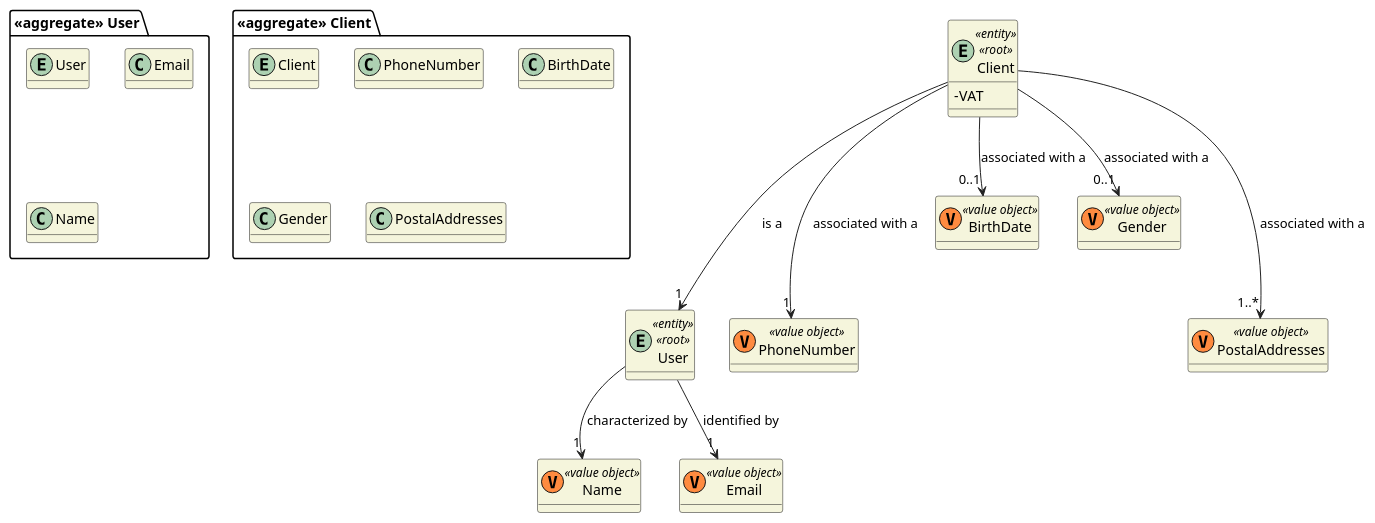
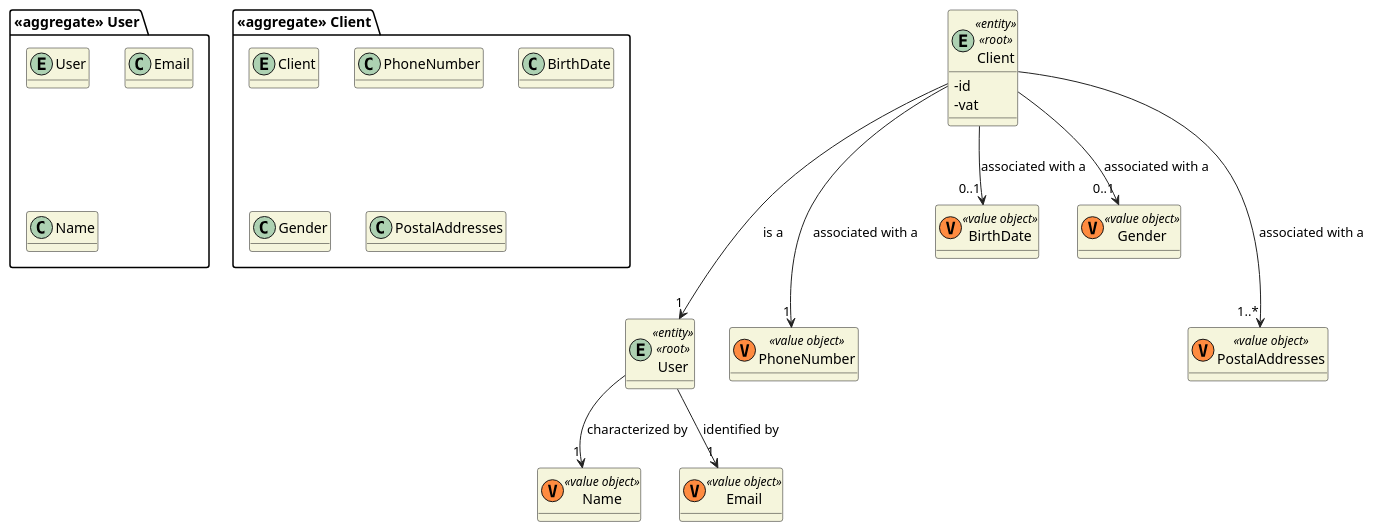
One commit to 0franciscor/lei21_22_s4_2de_01 changed the diagram in docs/DM/DM_Client.puml. Above: the diagram before and after it, drawn with PlantUML. The commit also changed 9 other files, not shown here.

```diff
--- a/docs/DM/DM_Client.puml
+++ b/docs/DM/DM_Client.puml
@@ -1,48 +1,49 @@
 @startuml
 'https://plantuml.com/class-diagram
 
 skinparam classAttributeIconSize 0
 hide empty attributes
 skinparam classBackgroundColor beige
 skinparam ArrowColor #222222
 
 package "<<aggregate>> User" {
     entity User
     class Email
     class Name
 }
 
 entity User <<entity>> <<root>> {
 
 }
 
 class Name <<(V,#FF8B40) value object>> {}
 class Email <<(V,#FF8B40) value object>> {}
 
 User --> "1" Name : characterized by
 User --> "1" Email : identified by
 
 package "<<aggregate>> Client" {
     entity Client
     class PhoneNumber
     class BirthDate
     class Gender
     class PostalAddresses
 }
 
 entity Client <<entity>> <<root>> {
-    - VAT
+    - id
+    - vat
 }
 
 class PhoneNumber <<(V,#FF8B40) value object>> {}
 class BirthDate <<(V,#FF8B40) value object>> {}
 class Gender <<(V,#FF8B40) value object>> {}
 class PostalAddresses <<(V,#FF8B40) value object>> {}
 
 Client ---> "1" User : is a
 Client ---> "1" PhoneNumber: associated with a
 Client --> "0..1" BirthDate: associated with a
 Client --> "0..1" Gender: associated with a
 Client ---> "1..*" PostalAddresses: associated with a
 
 @enduml
```
